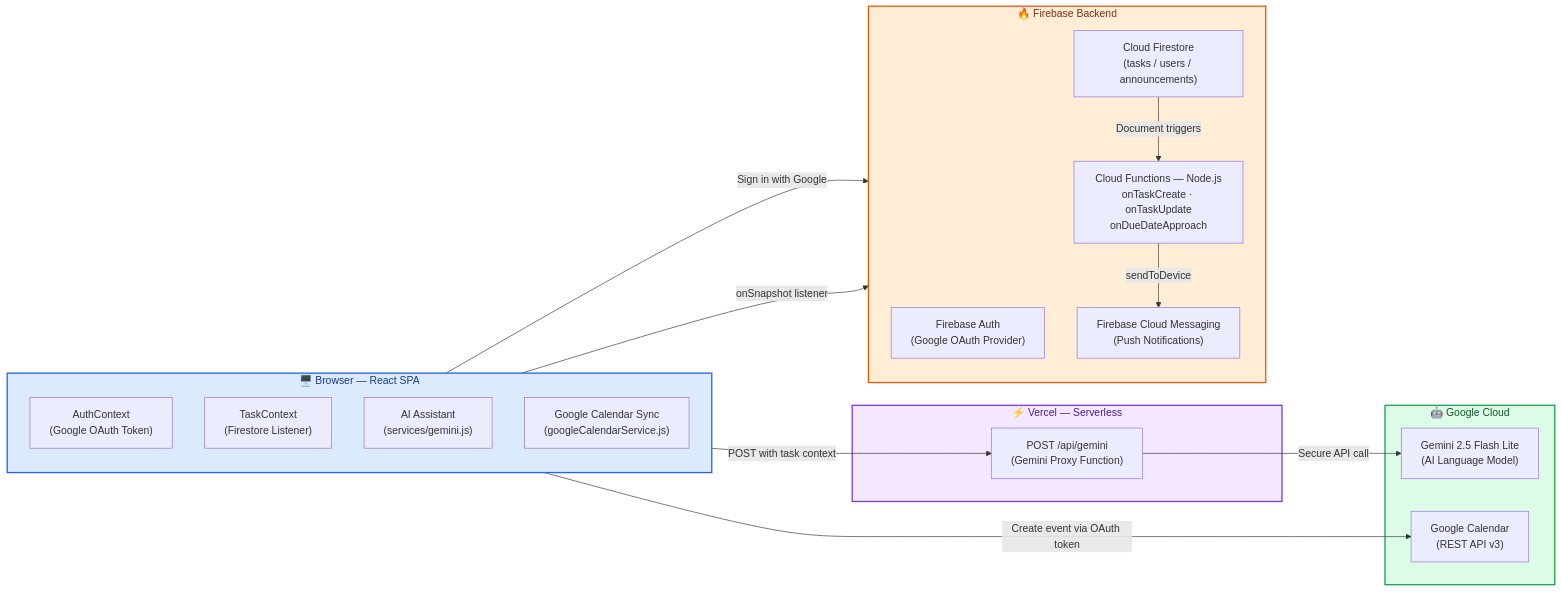
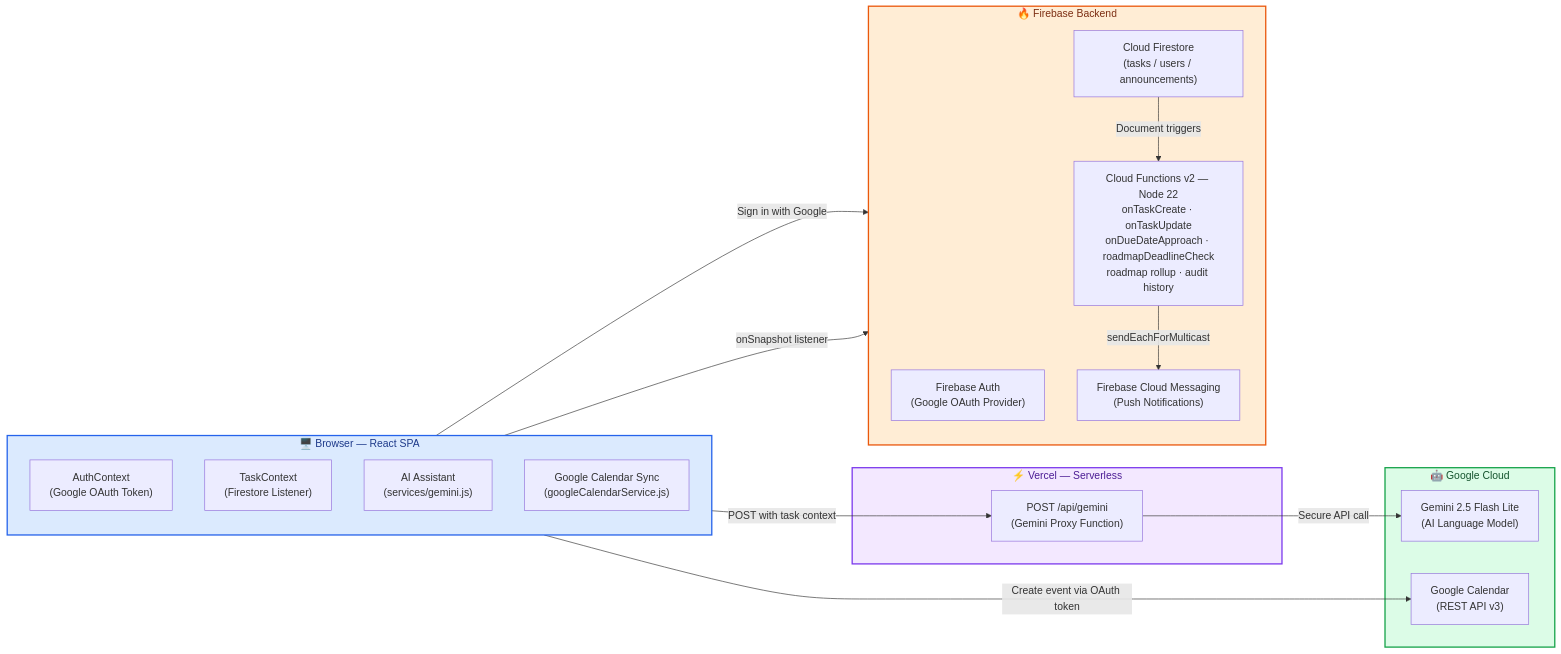
One commit to ajit421/airbuddy-workspace changed the diagram in README.md. Above: the diagram before and after it, drawn with Mermaid. The commit also changed other lines of this file and 23 other files, not shown here.

First line of the commit message:
Add FCM web-push & migrate functions to v2

````diff
--- a/README.md
+++ b/README.md
@@ -229,55 +243,55 @@
 ```mermaid
 graph LR
     subgraph FE ["🖥️ Browser — React SPA"]
         direction TB
         AuthContext["AuthContext\n(Google OAuth Token)"]
         TaskContext["TaskContext\n(Firestore Listener)"]
         AIAssistant["AI Assistant\n(services/gemini.js)"]
         CalendarSync["Google Calendar Sync\n(googleCalendarService.js)"]
     end
 
     subgraph VERCEL ["⚡ Vercel — Serverless"]
         VercelFunc["POST /api/gemini\n(Gemini Proxy Function)"]
     end
 
     subgraph GCLOUD ["🤖 Google Cloud"]
         GeminiAPI["Gemini 2.5 Flash Lite\n(AI Language Model)"]
         GCalAPI["Google Calendar\n(REST API v3)"]
     end
 
     subgraph FIREBASE ["🔥 Firebase Backend"]
         direction TB
         FirebaseAuth["Firebase Auth\n(Google OAuth Provider)"]
         Firestore["Cloud Firestore\n(tasks / users / announcements)"]
         FCM["Firebase Cloud Messaging\n(Push Notifications)"]
-        CloudFunctions["Cloud Functions — Node.js\nonTaskCreate · onTaskUpdate\nonDueDateApproach"]
+        CloudFunctions["Cloud Functions v2 — Node 22\nonTaskCreate · onTaskUpdate\nonDueDateApproach · roadmapDeadlineCheck\nroadmap rollup · audit history"]
     end
 
     %% Auth flow
     AuthContext -->|"Sign in with Google"| FirebaseAuth
 
     %% Real-time data
     TaskContext -->|"onSnapshot listener"| Firestore
 
     %% AI flow
     AIAssistant -->|"POST with task context"| VercelFunc
     VercelFunc -->|"Secure API call"| GeminiAPI
 
     %% Calendar sync
     CalendarSync -->|"Create event via OAuth token"| GCalAPI
 
     %% Cloud Functions
     Firestore -->|"Document triggers"| CloudFunctions
-    CloudFunctions -->|"sendToDevice"| FCM
+    CloudFunctions -->|"sendEachForMulticast"| FCM
 
     %% Styles
     classDef feStyle fill:#dbeafe,stroke:#2563eb,stroke-width:2px,color:#1e3a8a
     classDef vercelStyle fill:#f3e8ff,stroke:#7c3aed,stroke-width:2px,color:#4c1d95
     classDef gcStyle fill:#dcfce7,stroke:#16a34a,stroke-width:2px,color:#14532d
     classDef fbStyle fill:#ffedd5,stroke:#ea580c,stroke-width:2px,color:#7c2d12
 
     class FE feStyle
     class VERCEL vercelStyle
     class GCLOUD gcStyle
     class FIREBASE fbStyle
 ```
````
